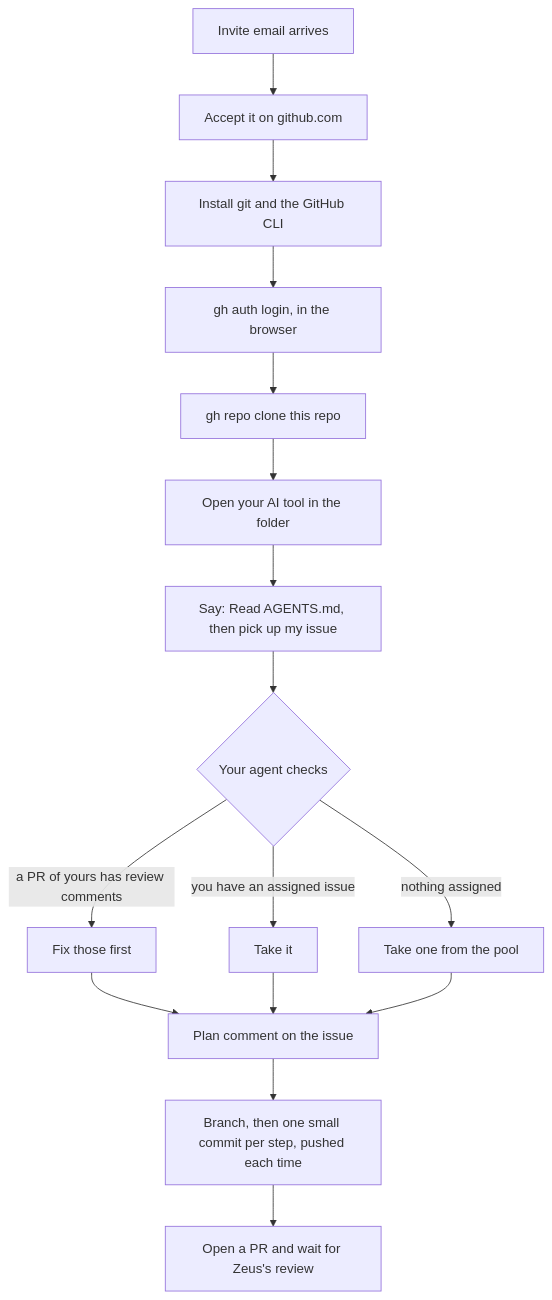
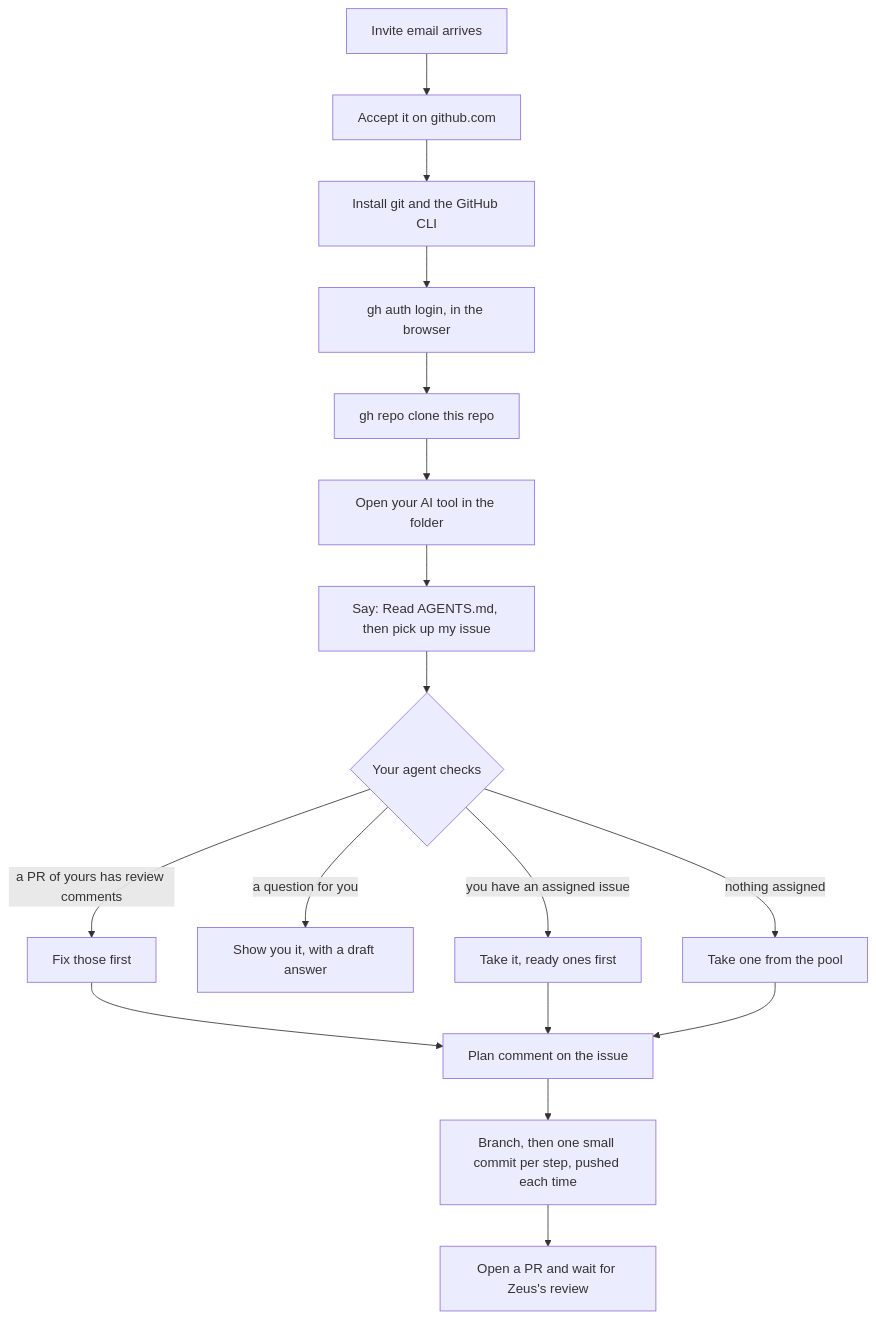
Before and after one commit to atiladeokegab/hackathon_teamwork: the third of 5 diagrams in README.md, drawn with Mermaid. The commit also changed other lines of this file and 1 other file, not shown here.

Commit message:
T-230 review fixes: questions found by mention, one-line PowerShell-safe command, answered questions skipped, PRs based on integration, pool issues edit their Files, Depends on readiness, Prometheus plans via Zeus; README order, smoke revert in the diagrams, admin exception stated

````diff
--- a/README.md
+++ b/README.md
@@ -81,18 +84,19 @@
 ```mermaid
 flowchart TB
     A["Invite email arrives"] --> B["Accept it on github.com"]
     B --> C["Install git and the GitHub CLI"]
     C --> D["gh auth login, in the browser"]
     D --> E["gh repo clone this repo"]
     E --> F["Open your AI tool in the folder"]
     F --> G["Say: Read AGENTS.md, then pick up my issue"]
     G --> H{"Your agent checks"}
     H -- "a PR of yours has review comments" --> I["Fix those first"]
-    H -- "you have an assigned issue" --> J["Take it"]
+    H -- "a question for you" --> Q["Show you it, with a draft answer"]
+    H -- "you have an assigned issue" --> J["Take it, ready ones first"]
     H -- "nothing assigned" --> K["Take one from the pool"]
     I --> L["Plan comment on the issue"]
     J --> L
     K --> L
     L --> M["Branch, then one small commit per step, pushed each time"]
     M --> N["Open a PR and wait for Zeus's review"]
 ```
````
